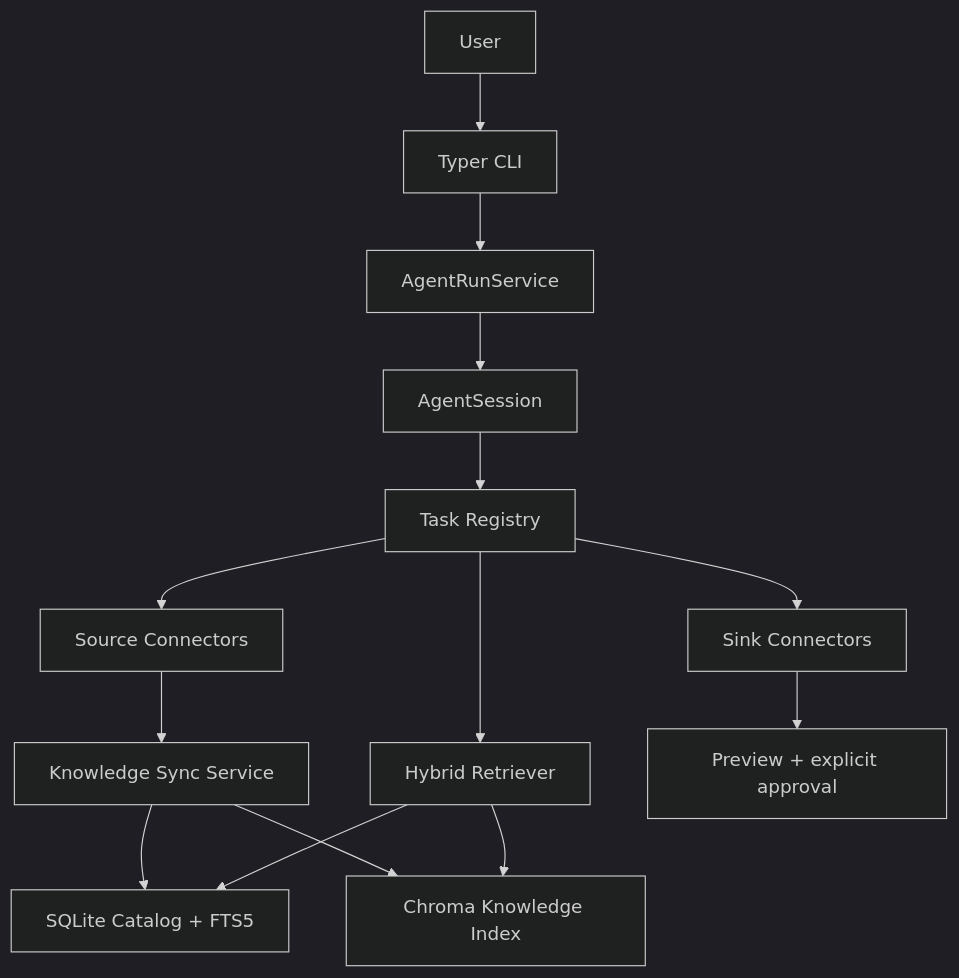
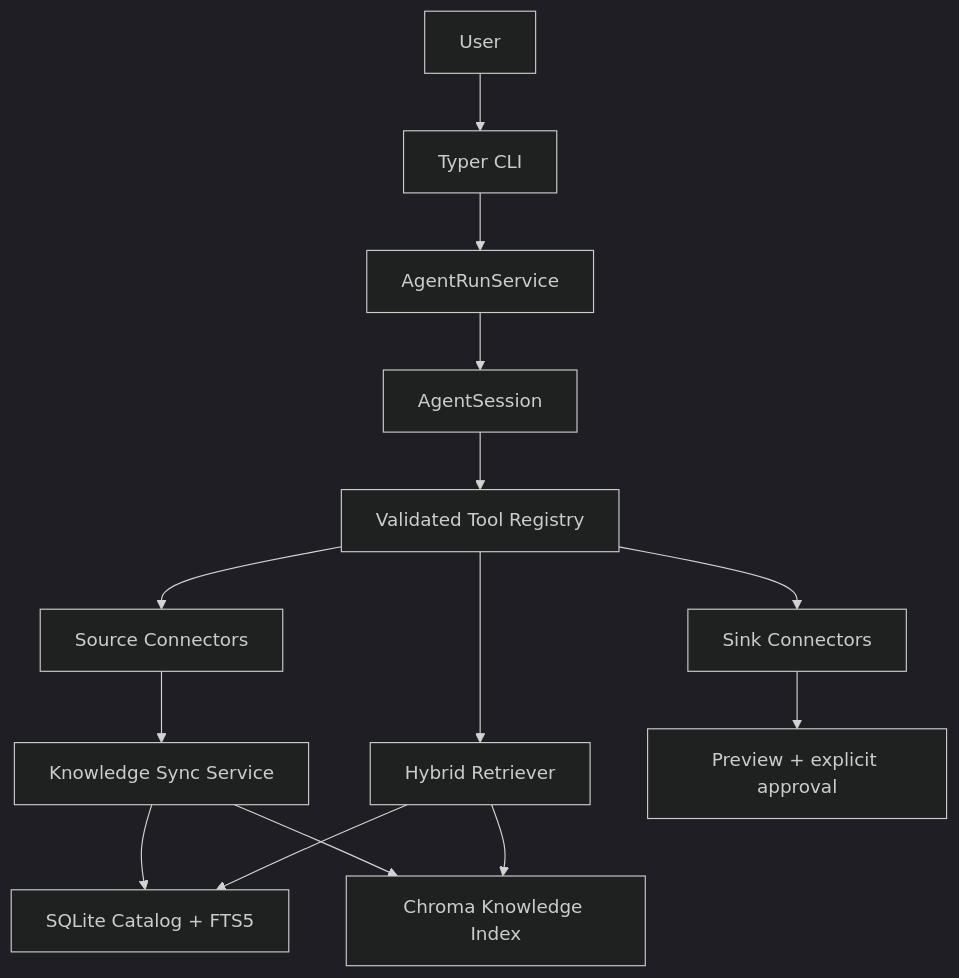
Before and after one commit to kwangsung-ha/jesse-agent: the first of 2 diagrams in docs/design.md, drawn with Mermaid (dark theme). The commit also changed other lines of this file and 2 other files, not shown here.

Commit message:
docs: align personal agent documentation

````diff
--- a/docs/design.md
+++ b/docs/design.md
@@ -8,16 +8,16 @@
 ```mermaid
 graph TD
     User[User] --> CLI[Typer CLI]
     CLI --> RunService[AgentRunService]
     RunService --> Agent[AgentSession]
-    Agent --> Tasks[Task Registry]
+    Agent --> Tasks[Validated Tool Registry]
     Tasks --> Sources[Source Connectors]
     Sources --> Sync[Knowledge Sync Service]
     Sync --> Catalog[SQLite Catalog + FTS5]
     Sync --> Vectors[Chroma Knowledge Index]
     Tasks --> Retrieve[Hybrid Retriever]
     Retrieve --> Catalog
     Retrieve --> Vectors
     Tasks --> Sinks[Sink Connectors]
     Sinks --> Approval[Preview + explicit approval]
 ```
````
